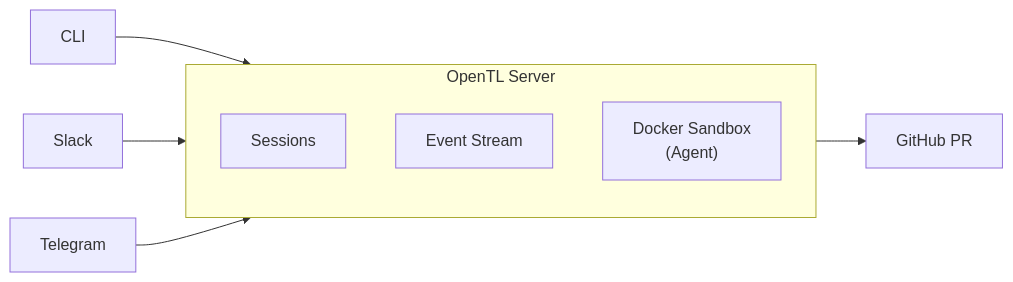
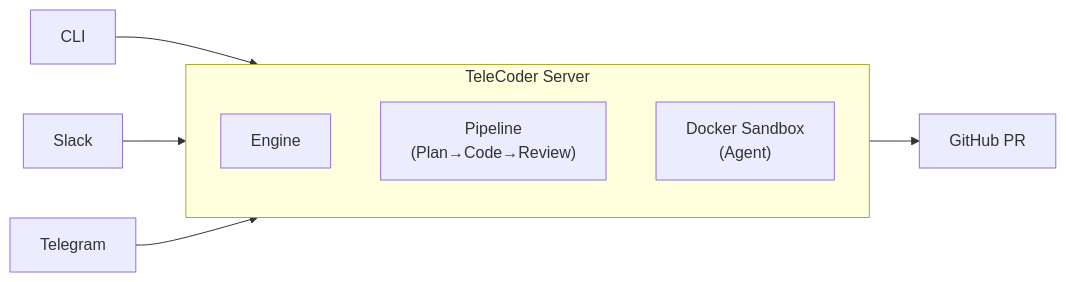
One commit to jxucoder/OpenTL changed the diagram in README.md. Above: the diagram before and after it, drawn with Mermaid. The commit also changed other lines of this file and 72 other files, not shown here.

First line of the commit message:
Rename all opentl/OpenTL/OPENTL references to telecoder/TeleCoder/TELECODER

````diff
--- a/README.md
+++ b/README.md
@@ -31,19 +31,19 @@
 ```mermaid
 graph LR
     CLI["CLI"]
     Slack["Slack"]
     TG["Telegram"]
 
-    subgraph server ["OpenTL Server"]
-        Sessions["Sessions"]
-        Events["Event Stream"]
+    subgraph server ["TeleCoder Server"]
+        Engine["Engine"]
+        Pipeline["Pipeline\n(Plan→Code→Review)"]
         Sandbox["Docker Sandbox\n(Agent)"]
     end
 
     GitHub["GitHub PR"]
 
     CLI --> server
     Slack --> server
     TG --> server
     server --> GitHub
 ```
````
